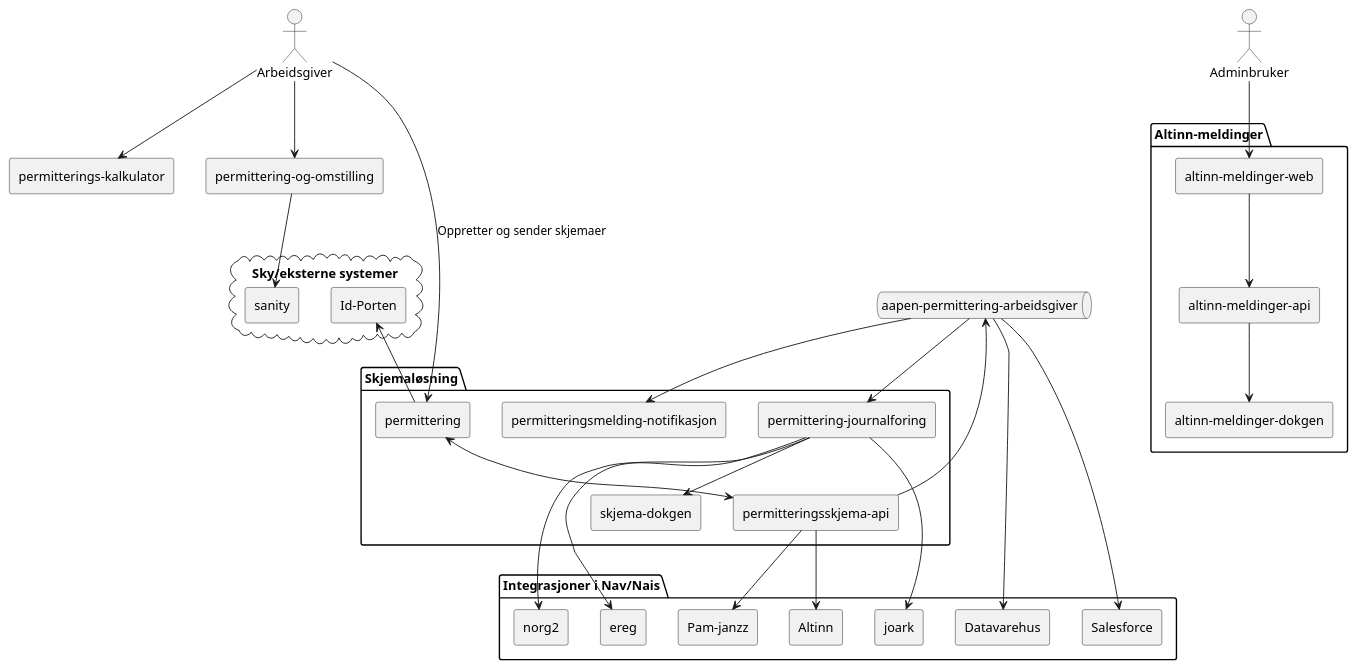
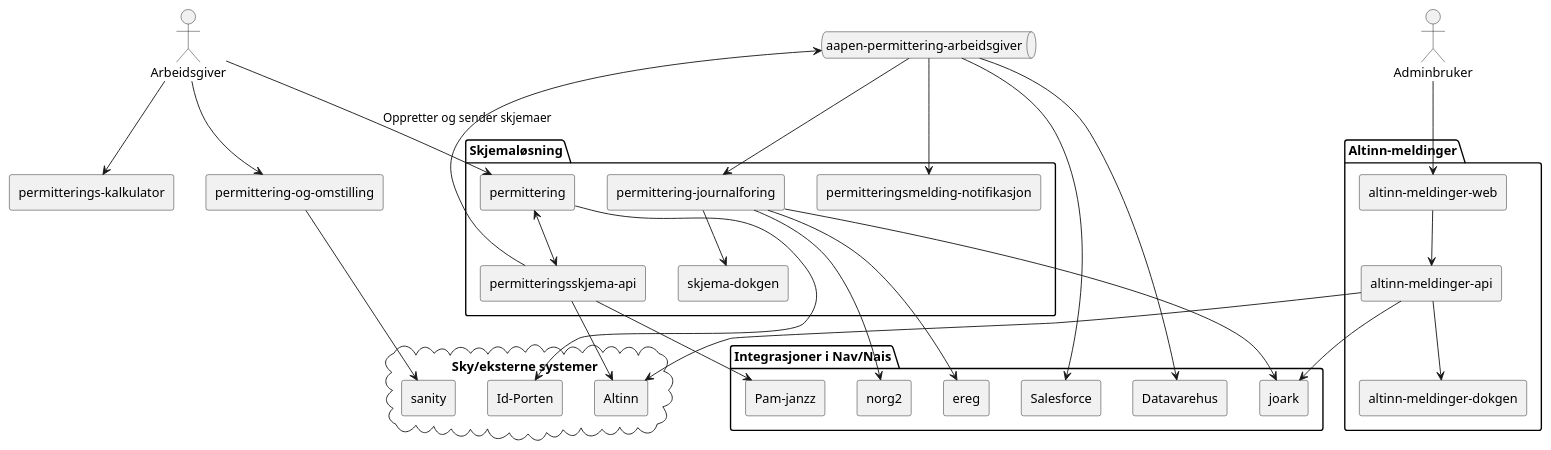
One commit to navikt/permittering-og-nedbemanning changed the diagram in docs/arkitektur.puml. Above: the diagram before and after it, drawn with PlantUML.

Commit message:
Oppdatert altinn meldinger

```diff
--- a/docs/arkitektur.puml
+++ b/docs/arkitektur.puml
@@ -1,64 +1,66 @@
 @startuml
 skinparam componentStyle rectangle
 package "Skjemaløsning" {
   [permitteringsskjema-api]
   [permittering]
   [permittering-journalforing]
   [permitteringsmelding-notifikasjon]
   [skjema-dokgen]
 }
 
 package "Altinn-meldinger" {
   [altinn-meldinger-web]
   [altinn-meldinger-api]
   [altinn-meldinger-dokgen]
 }
 
 [permitterings-kalkulator]
 
 [permittering-og-omstilling]
 
 queue "aapen-permittering-arbeidsgiver"
 
 cloud "Sky/eksterne systemer" {
   [Id-Porten]
   [sanity]
+  [Altinn]
 }
 
 package "Integrasjoner i Nav/Nais" {
-  [Altinn]
   [Pam-janzz]
   [Salesforce]
   [Datavarehus]
   [joark]
   [norg2]
   [ereg]
 }
 
 actor Arbeidsgiver
 actor Adminbruker
 
 Arbeidsgiver --> [permittering] : Oppretter og sender skjemaer
 [permittering] <--> [permitteringsskjema-api]
 [Id-Porten] <-- [permittering]
 [permitteringsskjema-api] --> [aapen-permittering-arbeidsgiver]
 [permitteringsskjema-api] --> [Pam-janzz]
 [permitteringsskjema-api] --> [Altinn]
 [aapen-permittering-arbeidsgiver] --> [permittering-journalforing]
 [aapen-permittering-arbeidsgiver] --> [permitteringsmelding-notifikasjon]
 [aapen-permittering-arbeidsgiver] --> [Salesforce]
 [aapen-permittering-arbeidsgiver] --> [Datavarehus]
 [permittering-journalforing] --> [skjema-dokgen]
 [permittering-journalforing] --> [joark]
 [permittering-journalforing] --> [norg2]
 [permittering-journalforing] --> [ereg]
 
 Adminbruker --> [altinn-meldinger-web]
 [altinn-meldinger-web] --> [altinn-meldinger-api]
 [altinn-meldinger-api] --> [altinn-meldinger-dokgen]
+[altinn-meldinger-api] --> [Altinn]
+[altinn-meldinger-api] --> [joark]
 
 Arbeidsgiver --> [permitterings-kalkulator]
 Arbeidsgiver --> [permittering-og-omstilling]
 [permittering-og-omstilling] --> [sanity]
 
 @enduml
```
